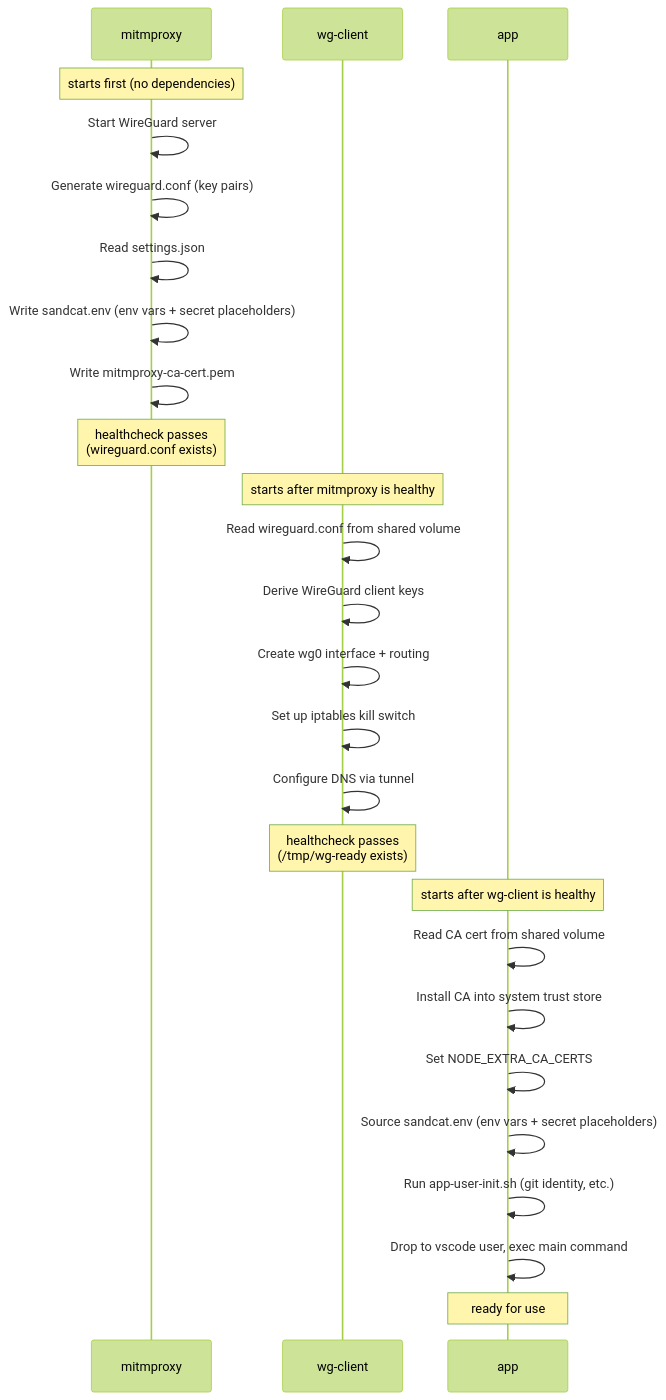
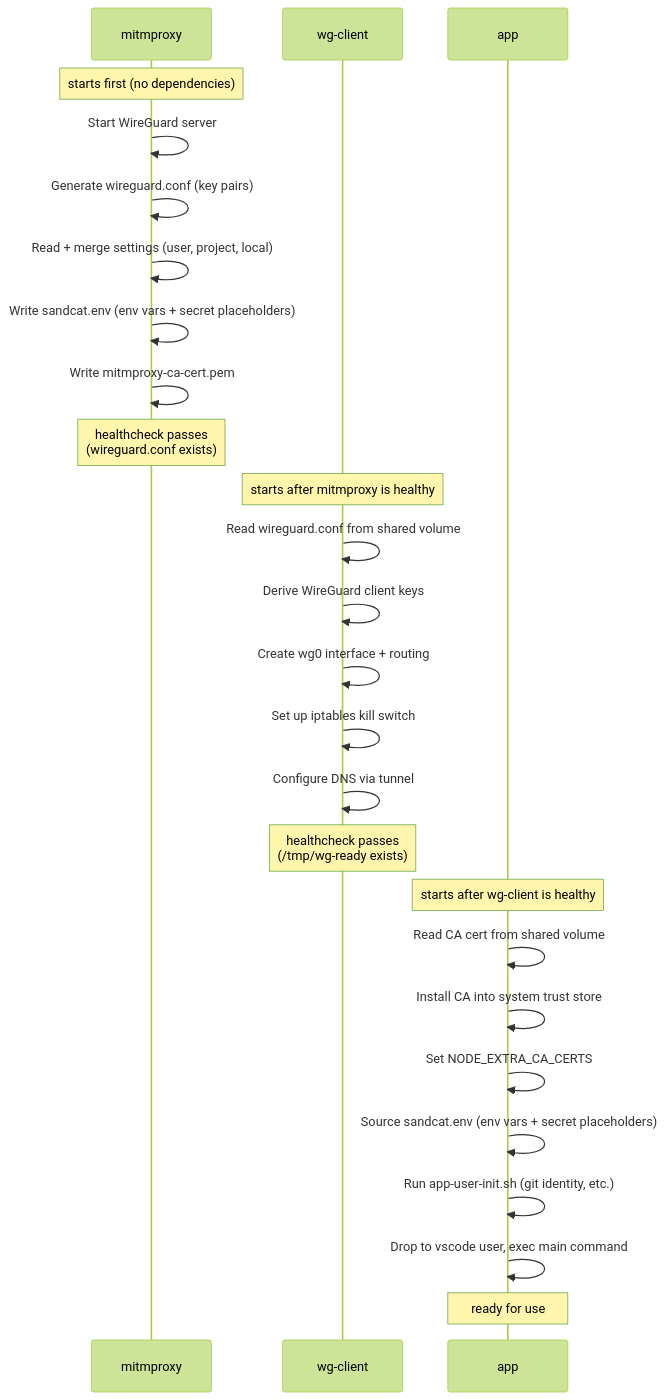
The third of 3 diagrams in README.md (softwaremill/sandcat), drawn with Mermaid (forest theme) before and after one commit. The commit also changed other lines of this file and 5 other files, not shown here.

First line of the commit message:
Support layered settings: user, project, and local

````diff
--- a/README.md
+++ b/README.md
@@ -366,31 +416,31 @@
 ```mermaid
 sequenceDiagram
     participant M as mitmproxy
     participant W as wg-client
     participant A as app
 
     Note over M: starts first (no dependencies)
     M->>M: Start WireGuard server
     M->>M: Generate wireguard.conf (key pairs)
-    M->>M: Read settings.json
+    M->>M: Read + merge settings (user, project, local)
     M->>M: Write sandcat.env (env vars + secret placeholders)
     M->>M: Write mitmproxy-ca-cert.pem
     Note over M: healthcheck passes<br/>(wireguard.conf exists)
 
     Note over W: starts after mitmproxy is healthy
     W->>W: Read wireguard.conf from shared volume
     W->>W: Derive WireGuard client keys
     W->>W: Create wg0 interface + routing
     W->>W: Set up iptables kill switch
     W->>W: Configure DNS via tunnel
     Note over W: healthcheck passes<br/>(/tmp/wg-ready exists)
 
     Note over A: starts after wg-client is healthy
     A->>A: Read CA cert from shared volume
     A->>A: Install CA into system trust store
     A->>A: Set NODE_EXTRA_CA_CERTS
     A->>A: Source sandcat.env (env vars + secret placeholders)
     A->>A: Run app-user-init.sh (git identity, etc.)
     A->>A: Drop to vscode user, exec main command
     Note over A: ready for use
 ```
````
